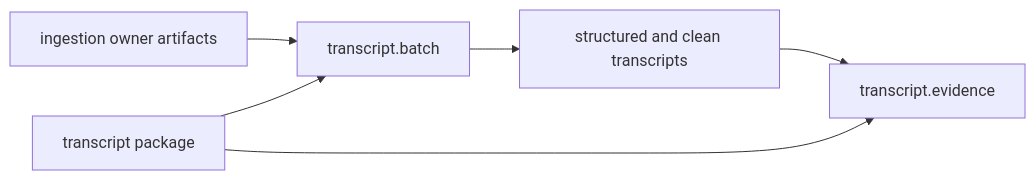
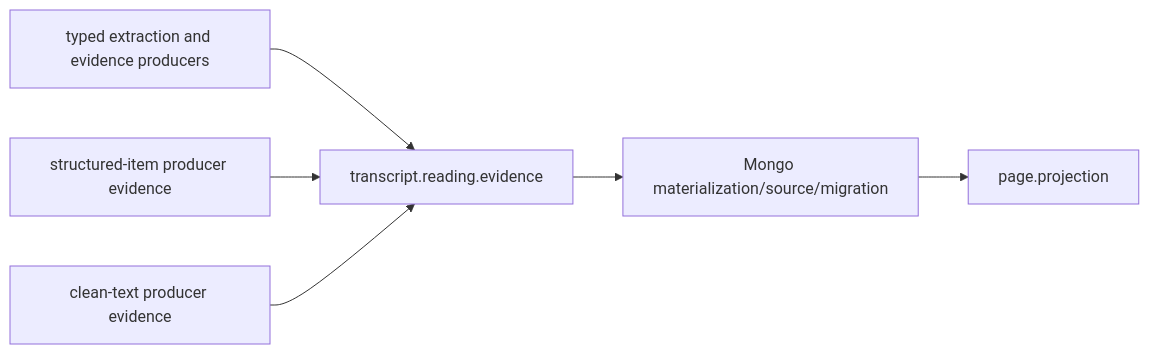
The diagram in docs/architecture/projectkoios/ingestion/transcript/schematic.md (eragasa/projectkoios-ingestion), drawn with Mermaid before and after one commit. The commit also changed other lines of this file and 142 other files, not shown here.

Commit message:
docs: define clean reading evidence architecture

````diff
--- a/docs/architecture/projectkoios/ingestion/transcript/schematic.md
+++ b/docs/architecture/projectkoios/ingestion/transcript/schematic.md
@@ -3,14 +3,15 @@
 ```mermaid
 flowchart LR
-    Owners["ingestion owner artifacts"]
-    Transcript["structured and clean transcripts"]
-    Package["transcript package"]
-    Batch["transcript.batch"]
-    Evidence["transcript.evidence"]
+    Producers["typed extraction and evidence producers"]
+    Structured["structured-item producer evidence"]
+    Clean["clean-text producer evidence"]
+    Reading["transcript.reading.evidence"]
+    Mongo["Mongo materialization/source/migration"]
+    Page["page.projection"]
 
-    Owners --> Batch
-    Batch --> Transcript
-    Transcript --> Evidence
-    Package --> Batch
-    Package --> Evidence
+    Producers --> Reading
+    Structured --> Reading
+    Clean --> Reading
+    Reading --> Mongo
+    Mongo --> Page
 ```
````
